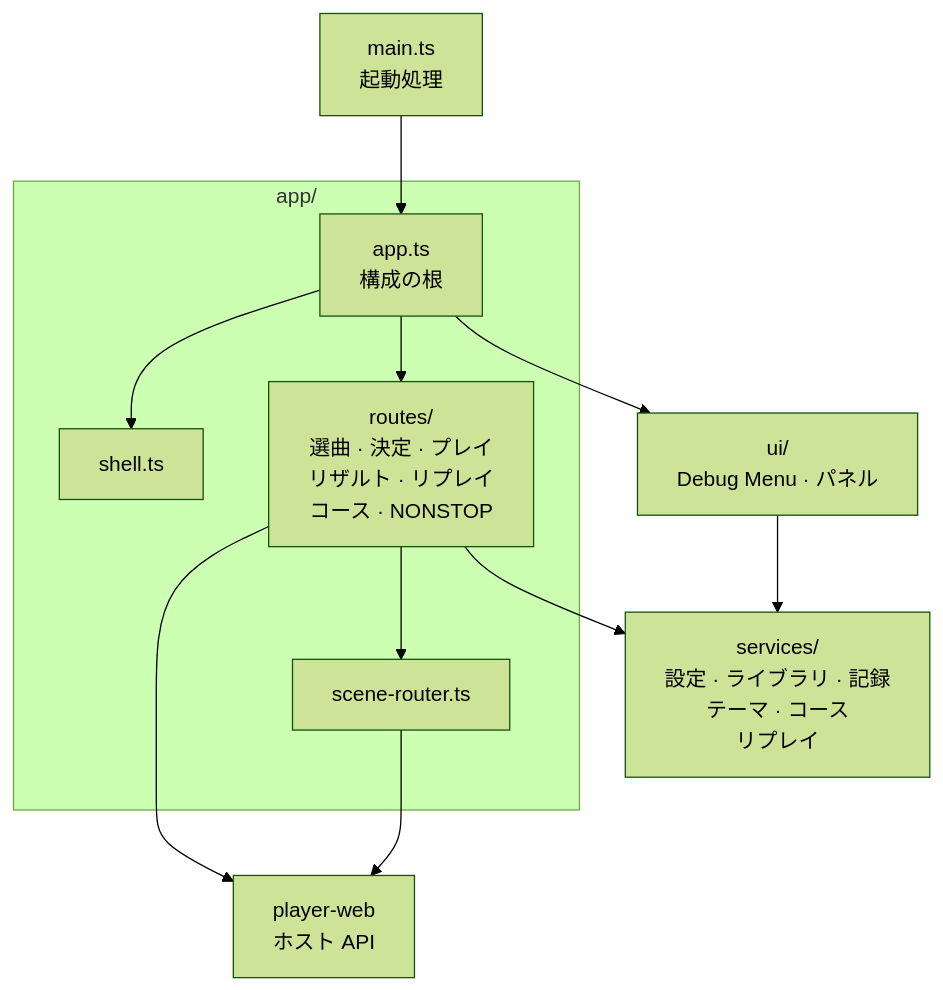
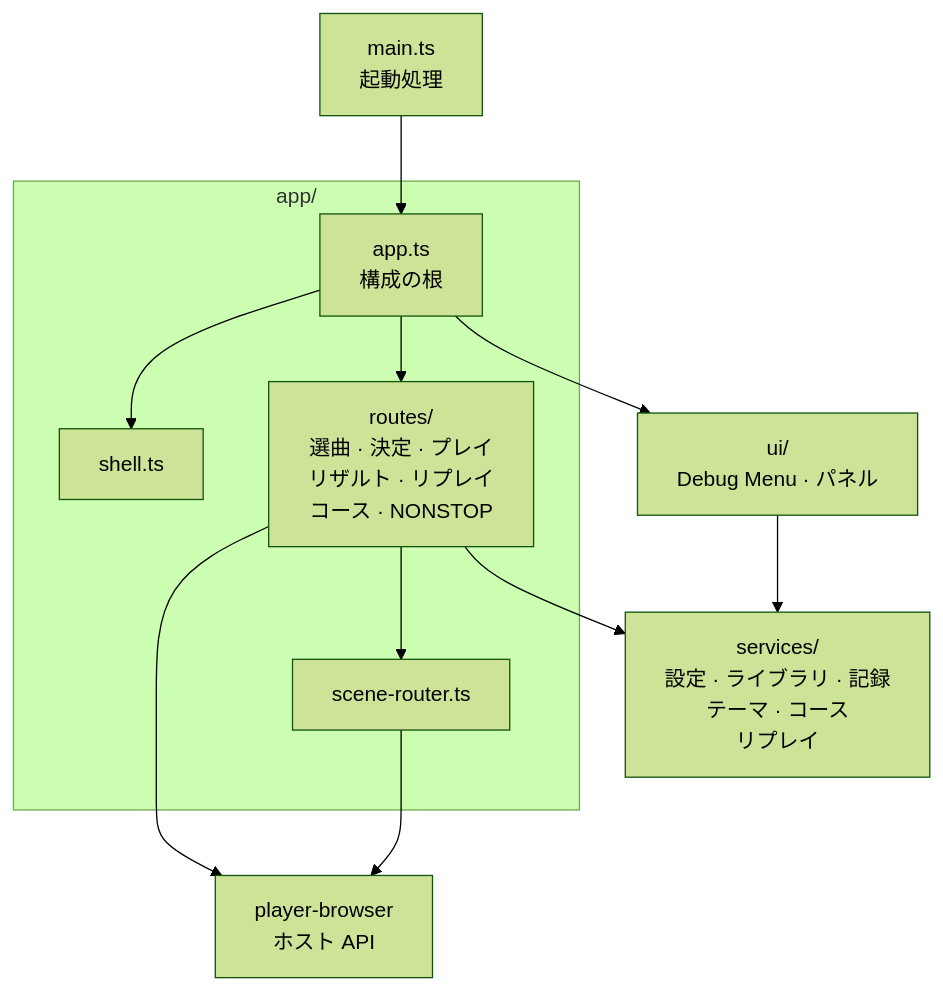
The second of 15 diagrams in docs/player-web.ja.md (nulltask/be-music), drawn with Mermaid (forest theme) before and after one commit. The commit also changed other lines of this file and 31 other files, not shown here.

Commit message:
docs: align package labels and diagrams with renamed packages [ci skip]

````diff
--- a/docs/player-web.ja.md
+++ b/docs/player-web.ja.md
@@ -125,18 +125,18 @@
 ```mermaid
 flowchart TD
   main["main.ts<br/>起動処理"] --> app
   subgraph appDir["app/"]
     app["app.ts<br/>構成の根"]
     shell["shell.ts"]
     routes["routes/<br/>選曲 · 決定 · プレイ<br/>リザルト · リプレイ<br/>コース · NONSTOP"]
     router["scene-router.ts"]
   end
   app --> shell
   app --> routes
   app --> ui["ui/<br/>Debug Menu · パネル"]
   routes --> router
   routes --> services["services/<br/>設定 · ライブラリ · 記録<br/>テーマ · コース<br/>リプレイ"]
   ui --> services
-  routes --> host["player-web<br/>ホスト API"]
+  routes --> host["player-browser<br/>ホスト API"]
   router --> host
 ```
````
